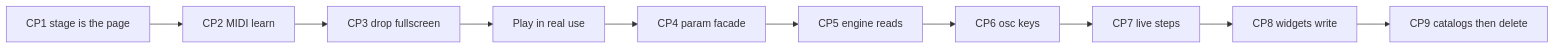
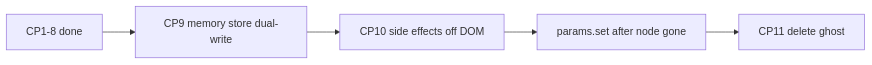
One commit to ingy-dev/IngySynth changed the diagram in docs/stage-only-endpoint.md. Above: the diagram before and after it, drawn with Mermaid. The commit also changed other lines of this file and 46 other files, not shown here.

First line of the commit message:
Checkpoint 10: drive the engine from the param store so stage widgets work without classic DOM events.

````diff
--- a/docs/stage-only-endpoint.md
+++ b/docs/stage-only-endpoint.md
@@ -51,14 +61,9 @@
 ```mermaid
 flowchart LR
-  cp1[CP1 stage is the page]
-  cp2[CP2 MIDI learn]
-  cp3[CP3 drop fullscreen]
-  gate[Play in real use]
-  cp4[CP4 param facade]
-  cp5[CP5 engine reads]
-  cp6[CP6 osc keys]
-  cp7[CP7 live steps]
-  cp8[CP8 widgets write]
-  cp9[CP9 catalogs then delete]
-  cp1 --> cp2 --> cp3 --> gate --> cp4 --> cp5 --> cp6 --> cp7 --> cp8 --> cp9
+  done[CP1-8 done]
+  cp9[CP9 memory store dual-write]
+  cp10[CP10 side effects off DOM]
+  proof[params.set after node gone]
+  cp11[CP11 delete ghost]
+  done --> cp9 --> cp10 --> proof --> cp11
 ```
````
